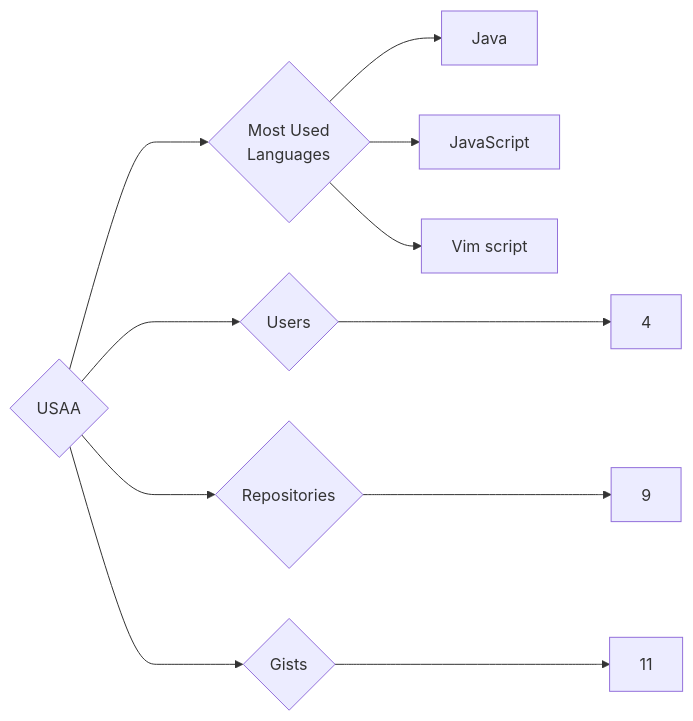
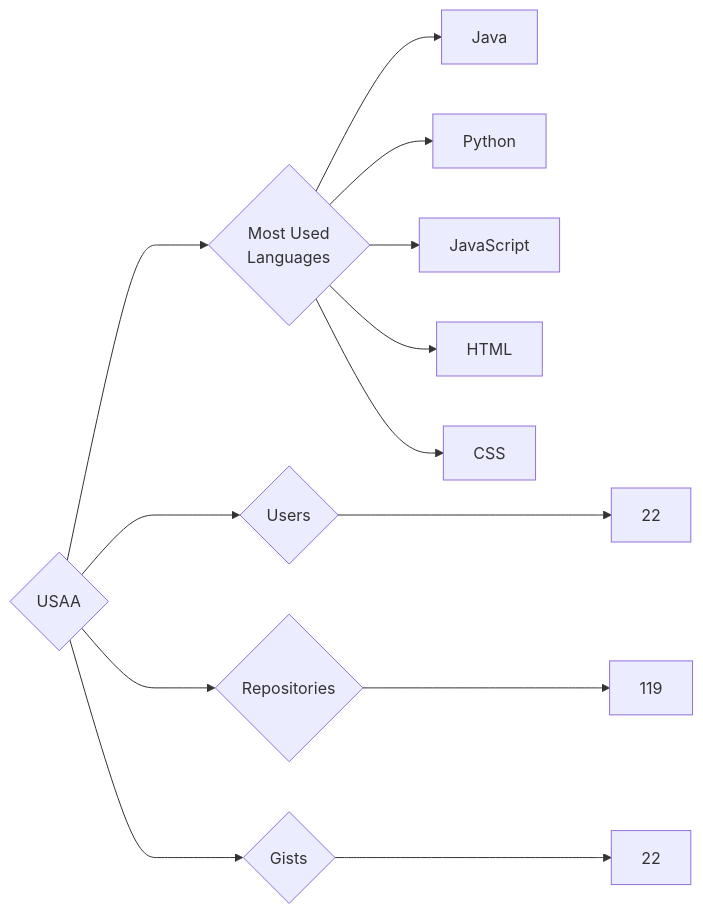
Before and after one commit to trickest/insiders: the diagram in targets/USAA/README.md, drawn with Mermaid. The commit also changed 799 other files, not shown here.

````diff
--- a/targets/USAA/README.md
+++ b/targets/USAA/README.md
@@ -3,11 +3,13 @@
 ```mermaid
 graph LR
 COMPANY_NAME{USAA}
-COMPANY_NAME ---> U{Users} ---> UN[4]
-COMPANY_NAME ---> R{Repositories} ---> RN[9]
-COMPANY_NAME ---> G{Gists} ---> GN[11]
+COMPANY_NAME ---> U{Users} ---> UN[22]
+COMPANY_NAME ---> R{Repositories} ---> RN[119]
+COMPANY_NAME ---> G{Gists} ---> GN[22]
 COMPANY_NAME ---> ML{Most Used<br>Languages}
 ML --> Java[Java]
+ML --> Python[Python]
 ML --> JavaScript[JavaScript]
-ML --> Vim_script[Vim script]
+ML --> HTML[HTML]
+ML --> CSS[CSS]
 ```
````
